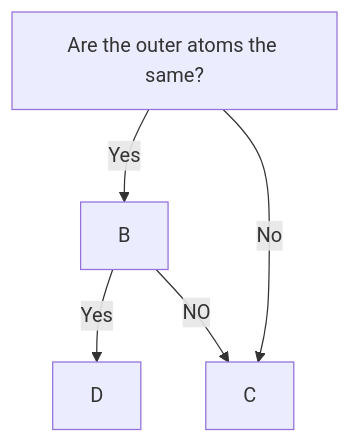
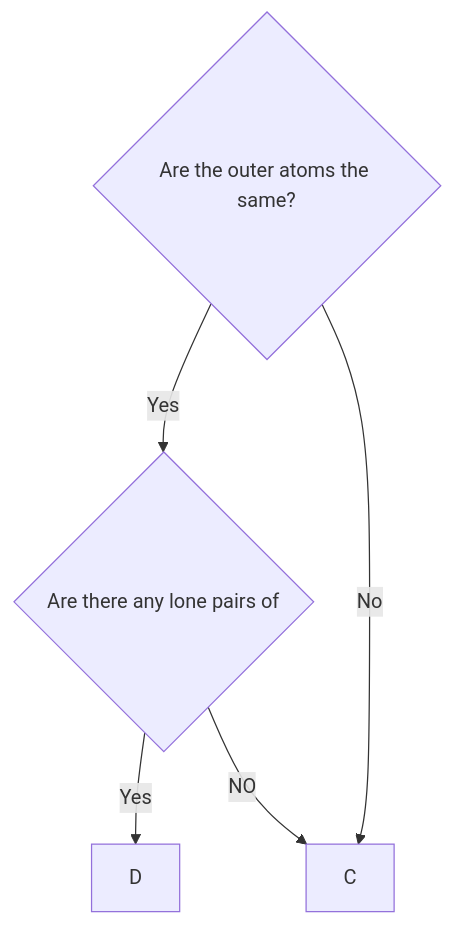
Before and after one commit to zadeviggers/notes: the diagram in Electronegativity.md, drawn with Mermaid.

Commit message:
auto notes sync @ 2022-03-21 20:45:59

````diff
--- a/Electronegativity.md
+++ b/Electronegativity.md
@@ -3,7 +3,7 @@
 ```mermaid
 graph TD;  
-	A[Are the outer atoms the same?]-->|Yes| B;
+	A{Are the outer atoms the same?}-->|Yes| B;
 	A-->|No| C;
-	B-->|Yes| D;
+	B{Are there any lone pairs of }-->|Yes| D;
 	B-->|NO| C;
 ```
````
